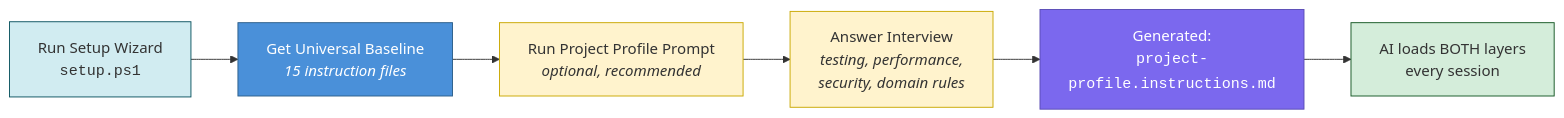
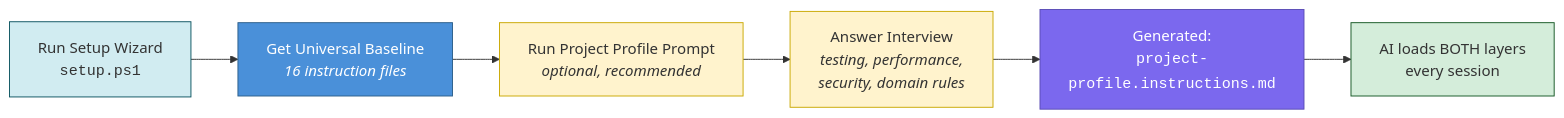
One commit to srnichols/plan-forge changed the second of 2 diagrams in CUSTOMIZATION.md. Above: the diagram before and after it, drawn with Mermaid. The commit also changed other lines of this file and 58 other files, not shown here.

````diff
--- a/CUSTOMIZATION.md
+++ b/CUSTOMIZATION.md
@@ -82,15 +82,15 @@
 ```mermaid
 flowchart LR
-    A["Run Setup Wizard<br/><code>setup.ps1</code>"] --> B["Get Universal Baseline<br/><i>15 instruction files</i>"]
+    A["Run Setup Wizard<br/><code>setup.ps1</code>"] --> B["Get Universal Baseline<br/><i>16 instruction files</i>"]
     B --> C["Run Project Profile Prompt<br/><i>optional, recommended</i>"]
     C --> D["Answer Interview<br/><i>testing, performance,<br/>security, domain rules</i>"]
     D --> E["Generated:<br/><code>project-profile.instructions.md</code>"]
     E --> F["AI loads BOTH layers<br/>every session"]
 
     style A fill:#D1ECF1,stroke:#0C5460,color:#333
     style B fill:#4A90D9,stroke:#2C5F8A,color:#fff
     style C fill:#FFF3CD,stroke:#C9A800,color:#333
     style D fill:#FFF3CD,stroke:#C9A800,color:#333
     style E fill:#7B68EE,stroke:#5A4CB5,color:#fff
     style F fill:#D4EDDA,stroke:#155724,color:#333
 ```
````
